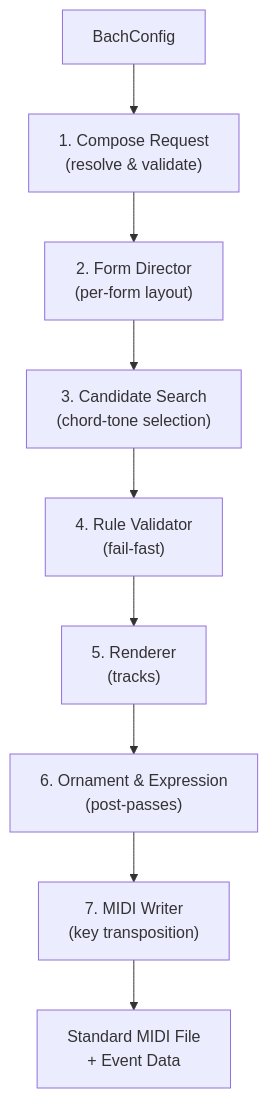
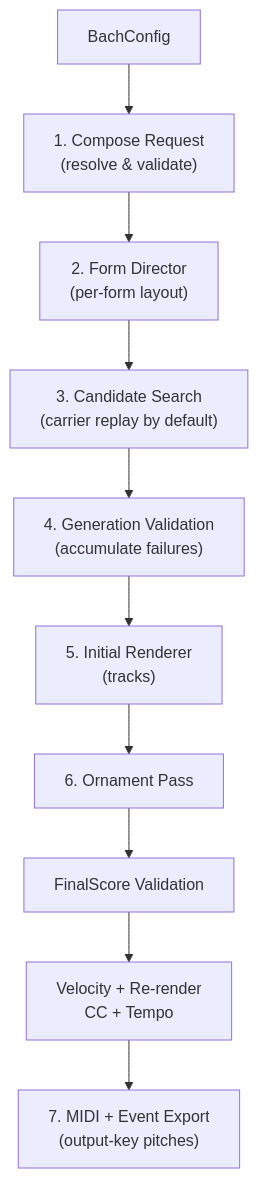
Before and after one commit to libraz/midi-sketch-bach-homepage: the first of 2 diagrams in src/docs/generation-pipeline.md, drawn with Mermaid. The commit also changed other lines of this file and 43 other files, not shown here.

````diff
--- a/src/docs/generation-pipeline.md
+++ b/src/docs/generation-pipeline.md
@@ -14,11 +14,12 @@
 ```mermaid
 graph TD
     A["BachConfig"] --> B["1. Compose Request<br>(resolve & validate)"]
     B --> C["2. Form Director<br>(per-form layout)"]
-    C --> D["3. Candidate Search<br>(chord-tone selection)"]
-    D --> E["4. Rule Validator<br>(fail-fast)"]
-    E --> F["5. Renderer<br>(tracks)"]
-    F --> G["6. Ornament & Expression<br>(post-passes)"]
-    G --> H["7. MIDI Writer<br>(key transposition)"]
-    H --> I["Standard MIDI File<br>+ Event Data"]
+    C --> D["3. Candidate Search<br>(carrier replay by default)"]
+    D --> E["4. Generation Validation<br>(accumulate failures)"]
+    E --> F["5. Initial Renderer<br>(tracks)"]
+    F --> G["6. Ornament Pass"]
+    G --> H["FinalScore Validation"]
+    H --> I["Velocity + Re-render<br>CC + Tempo"]
+    I --> J["7. MIDI + Event Export<br>(output-key pitches)"]
 ```
````
